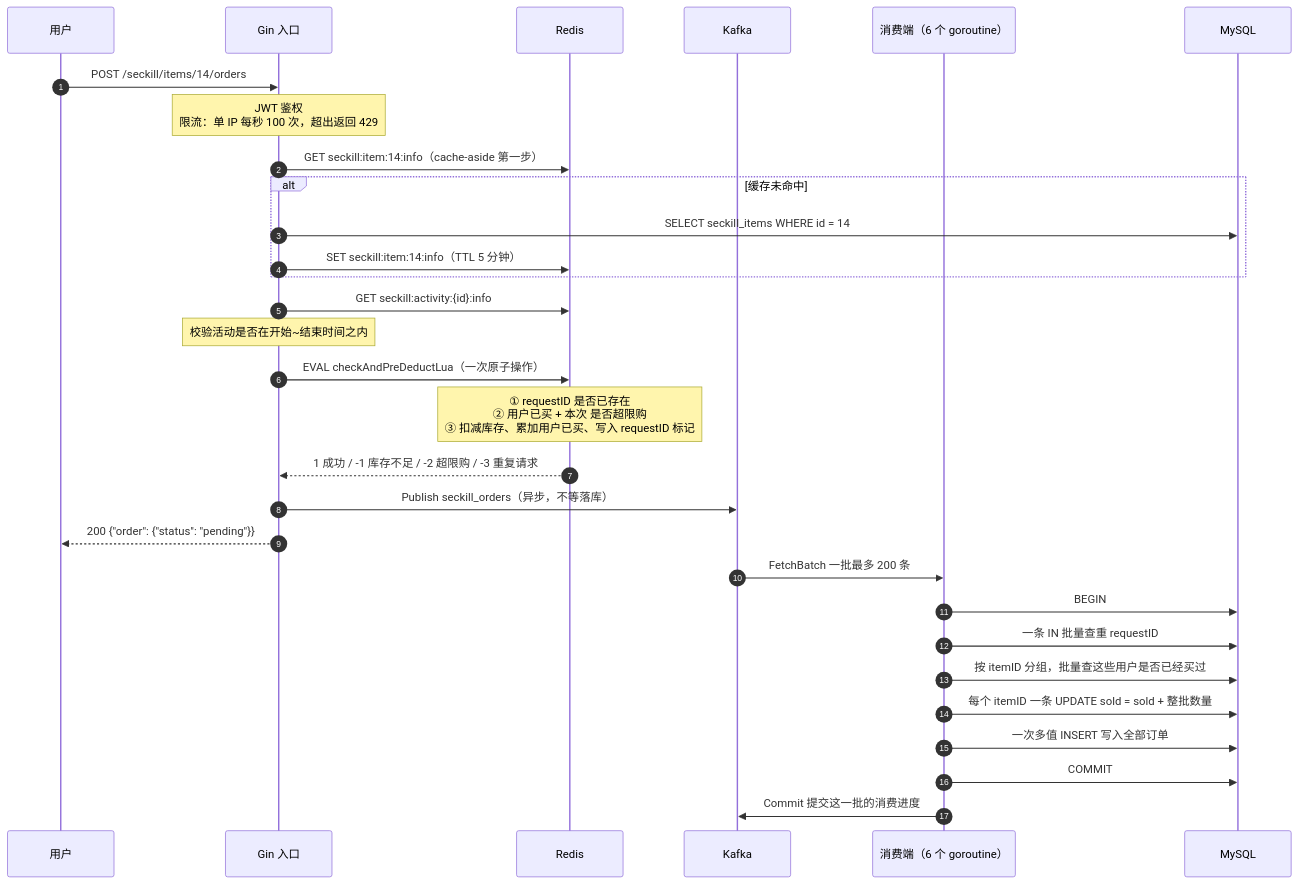
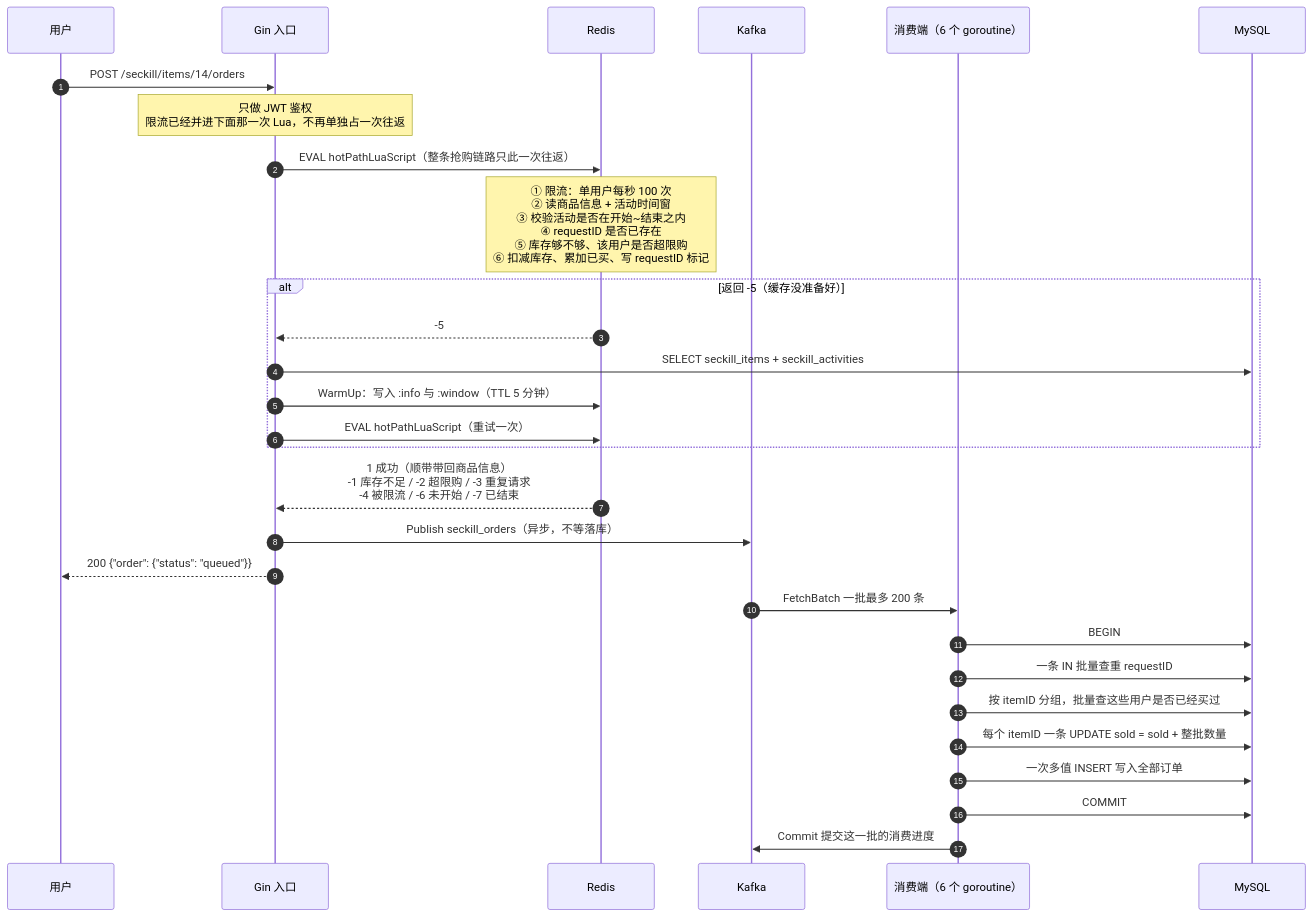
One commit to easternhighs/shopping_market changed the second of 3 diagrams in docs/architecture.md. Above: the diagram before and after it, drawn with Mermaid. The commit also changed other lines of this file and 10 other files, not shown here.

````diff
--- a/docs/architecture.md
+++ b/docs/architecture.md
@@ -93,37 +93,35 @@
 ```mermaid
 sequenceDiagram
     autonumber
     participant U as 用户
     participant G as Gin 入口
     participant R as Redis
     participant K as Kafka
     participant W as 消费端（6 个 goroutine）
     participant M as MySQL
 
     U->>G: POST /seckill/items/14/orders
-    Note over G: JWT 鉴权<br/>限流：单 IP 每秒 100 次，超出返回 429
+    Note over G: 只做 JWT 鉴权<br/>限流已经并进下面那一次 Lua，不再单独占一次往返
 
-    G->>R: GET seckill:item:14:info（cache-aside 第一步）
-    alt 缓存未命中
-        G->>M: SELECT seckill_items WHERE id = 14
-        G->>R: SET seckill:item:14:info（TTL 5 分钟）
+    G->>R: EVAL hotPathLuaScript（整条抢购链路只此一次往返）
+    Note over R: ① 限流：单用户每秒 100 次<br/>② 读商品信息 + 活动时间窗<br/>③ 校验活动是否在开始~结束之内<br/>④ requestID 是否已存在<br/>⑤ 库存够不够、该用户是否超限购<br/>⑥ 扣减库存、累加已买、写 requestID 标记
+    alt 返回 -5（缓存没准备好）
+        R-->>G: -5
+        G->>M: SELECT seckill_items + seckill_activities
+        G->>R: WarmUp：写入 :info 与 :window（TTL 5 分钟）
+        G->>R: EVAL hotPathLuaScript（重试一次）
     end
-    G->>R: GET seckill:activity:{id}:info
-    Note over G: 校验活动是否在开始~结束时间之内
-
-    G->>R: EVAL checkAndPreDeductLua（一次原子操作）
-    Note over R: ① requestID 是否已存在<br/>② 用户已买 + 本次 是否超限购<br/>③ 扣减库存、累加用户已买、写入 requestID 标记
-    R-->>G: 1 成功 / -1 库存不足 / -2 超限购 / -3 重复请求
+    R-->>G: 1 成功（顺带带回商品信息）<br/>-1 库存不足 / -2 超限购 / -3 重复请求<br/>-4 被限流 / -6 未开始 / -7 已结束
 
     G->>K: Publish seckill_orders（异步，不等落库）
-    G-->>U: 200 {"order": {"status": "pending"}}
+    G-->>U: 200 {"order": {"status": "queued"}}
 
     K->>W: FetchBatch 一批最多 200 条
     W->>M: BEGIN
     W->>M: 一条 IN 批量查重 requestID
     W->>M: 按 itemID 分组，批量查这些用户是否已经买过
     W->>M: 每个 itemID 一条 UPDATE sold = sold + 整批数量
     W->>M: 一次多值 INSERT 写入全部订单
     W->>M: COMMIT
     W->>K: Commit 提交这一批的消费进度
 ```
````
